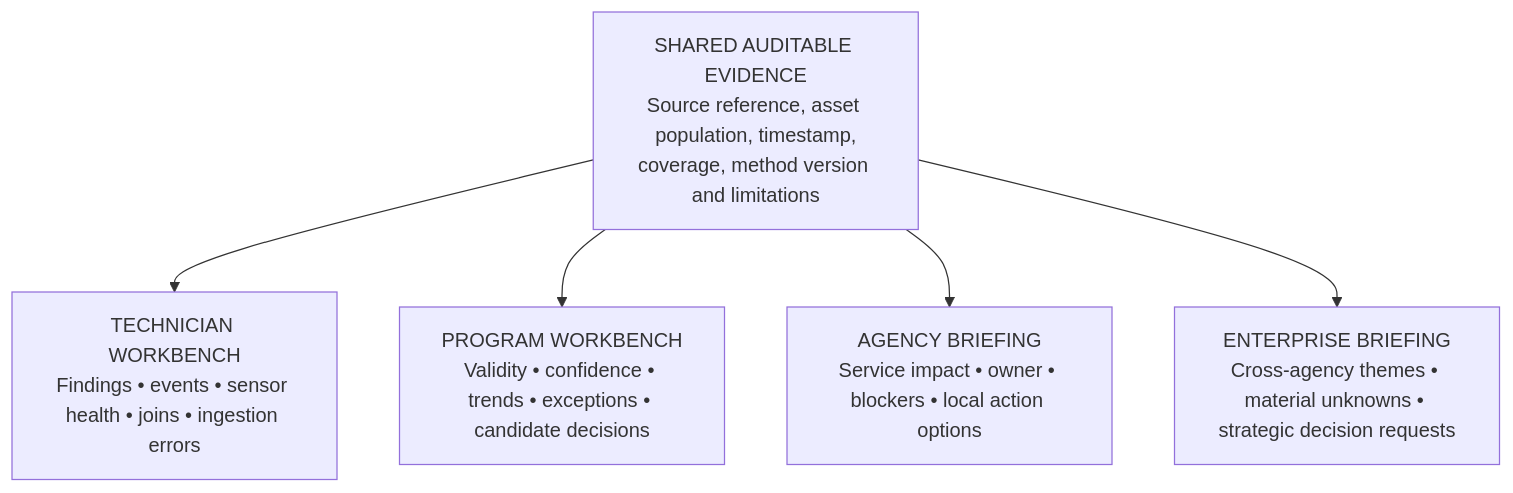
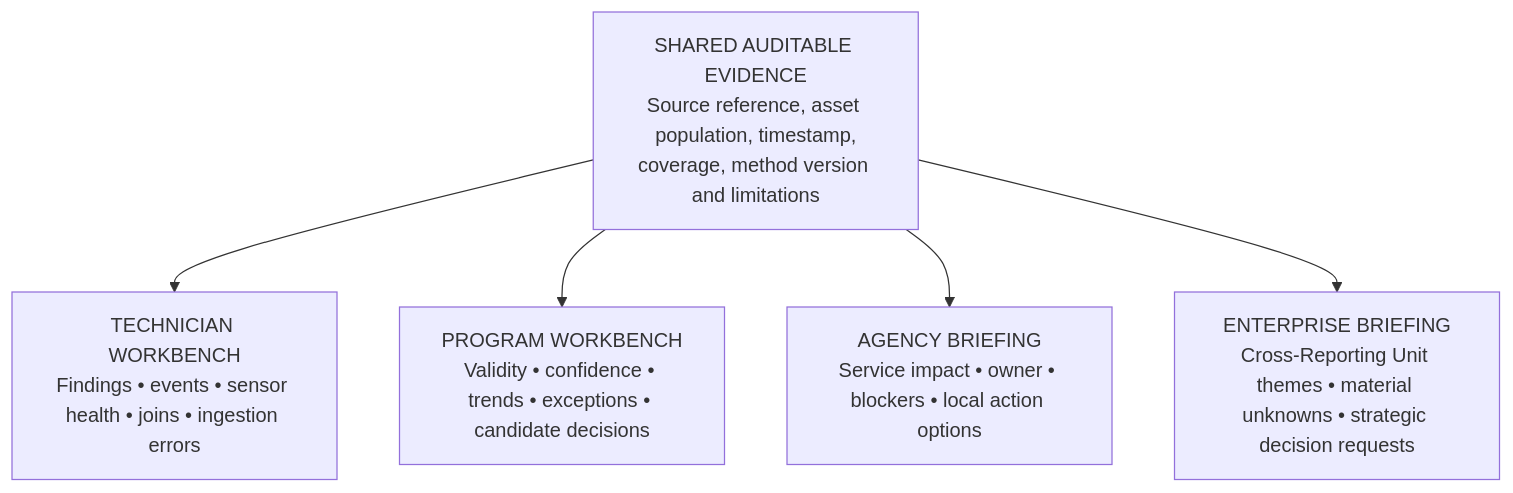
One commit to 11bztaylor/ReporttheReporter changed the diagram in briefings/02-presentation-layers.md. Above: the diagram before and after it, drawn with Mermaid. The commit also changed other lines of this file, not shown here.

Commit message:
Generalize terminology for cross-industry use

````diff
--- a/briefings/02-presentation-layers.md
+++ b/briefings/02-presentation-layers.md
@@ -3,8 +3,8 @@
 ```mermaid
 flowchart TD
  E["SHARED AUDITABLE EVIDENCE<br/>Source reference, asset population, timestamp,<br/>coverage, method version and limitations"]
  E --> T["TECHNICIAN WORKBENCH<br/>Findings • events • sensor health • joins • ingestion errors"]
  E --> P["PROGRAM WORKBENCH<br/>Validity • confidence • trends • exceptions • candidate decisions"]
  E --> A["AGENCY BRIEFING<br/>Service impact • owner • blockers • local action options"]
- E --> X["ENTERPRISE BRIEFING<br/>Cross-agency themes • material unknowns • strategic decision requests"]
+ E --> X["ENTERPRISE BRIEFING<br/>Cross-Reporting Unit themes • material unknowns • strategic decision requests"]
 ```
````
